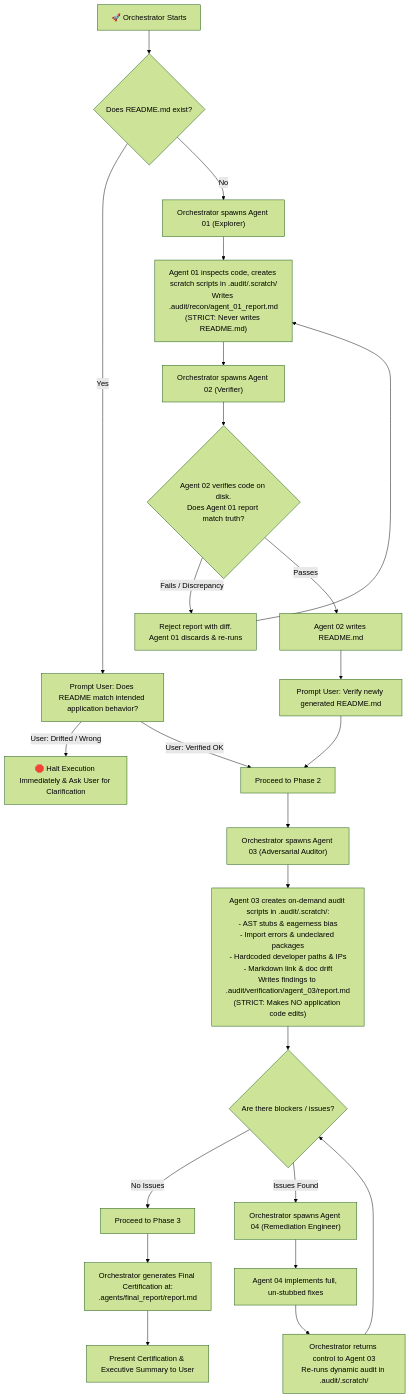
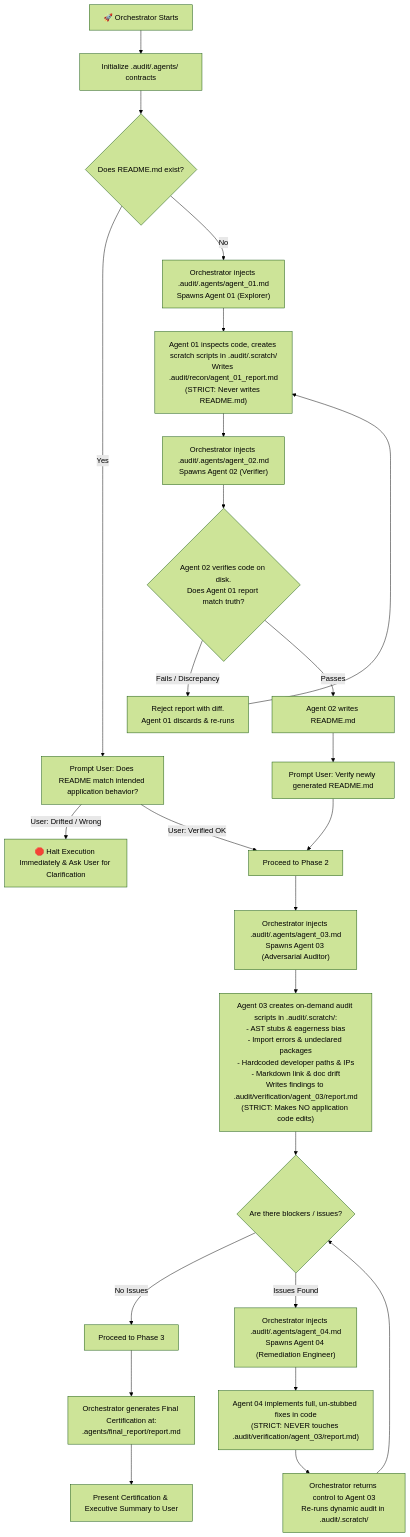
One commit to subhasishsaha/github-push-skill changed the diagram in skills/repo-publish-prep/SKILL.md. Above: the diagram before and after it, drawn with Mermaid (forest theme). The commit also changed other lines of this file and 6 other files, not shown here.

Commit message:
feat: add behavioral isolation contracts in .audit/.agents/ to prevent Agent 04 report tampering

````diff
--- a/skills/repo-publish-prep/SKILL.md
+++ b/skills/repo-publish-prep/SKILL.md
@@ -23,33 +36,34 @@
 ```mermaid
 flowchart TD
-    Start["🚀 Orchestrator Starts"] --> CheckReadme{"Does README.md exist?"}
+    Start["🚀 Orchestrator Starts"] --> InitAgents["Initialize .audit/.agents/ contracts"]
+    InitAgents --> CheckReadme{"Does README.md exist?"}
     
     %% Phase 1
     CheckReadme -->|Yes| VerifyWithUser["Prompt User: Does README match intended application behavior?"]
     VerifyWithUser -->|User: Drifted / Wrong| HaltUser["🛑 Halt Execution Immediately & Ask User for Clarification"]
     VerifyWithUser -->|User: Verified OK| Phase2["Proceed to Phase 2"]
     
-    CheckReadme -->|No| LaunchA1["Orchestrator spawns Agent 01 (Explorer)"]
+    CheckReadme -->|No| LaunchA1["Orchestrator injects .audit/.agents/agent_01.md\nSpawns Agent 01 (Explorer)"]
     LaunchA1 --> A1Work["Agent 01 inspects code, creates scratch scripts in .audit/.scratch/\nWrites .audit/recon/agent_01_report.md\n(STRICT: Never writes README.md)"]
-    A1Work --> LaunchA2["Orchestrator spawns Agent 02 (Verifier)"]
+    A1Work --> LaunchA2["Orchestrator injects .audit/.agents/agent_02.md\nSpawns Agent 02 (Verifier)"]
     LaunchA2 --> A2Verify{"Agent 02 verifies code on disk.\nDoes Agent 01 report match truth?"}
     A2Verify -->|Fails / Discrepancy| A1Retry["Reject report with diff.\nAgent 01 discards & re-runs"]
     A1Retry --> A1Work
     A2Verify -->|Passes| A2Draft["Agent 02 writes README.md"]
     A2Draft --> VerifyNewReadme["Prompt User: Verify newly generated README.md"]
     VerifyNewReadme --> Phase2
 
     %% Phase 2
-    Phase2 --> LaunchA3["Orchestrator spawns Agent 03 (Adversarial Auditor)"]
+    Phase2 --> LaunchA3["Orchestrator injects .audit/.agents/agent_03.md\nSpawns Agent 03 (Adversarial Auditor)"]
     LaunchA3 --> A3Work["Agent 03 creates on-demand audit scripts in .audit/.scratch/:\n- AST stubs & eagerness bias\n- Import errors & undeclared packages\n- Hardcoded developer paths & IPs\n- Markdown link & doc drift\nWrites findings to .audit/verification/agent_03/report.md\n(STRICT: Makes NO application code edits)"]
     A3Work --> CheckIssues{"Are there blockers / issues?"}
     CheckIssues -->|No Issues| Phase3["Proceed to Phase 3"]
-    CheckIssues -->|Issues Found| LaunchA4["Orchestrator spawns Agent 04 (Remediation Engineer)"]
-    LaunchA4 --> A4Work["Agent 04 implements full, un-stubbed fixes"]
+    CheckIssues -->|Issues Found| LaunchA4["Orchestrator injects .audit/.agents/agent_04.md\nSpawns Agent 04 (Remediation Engineer)"]
+    LaunchA4 --> A4Work["Agent 04 implements full, un-stubbed fixes in code\n(STRICT: NEVER touches .audit/verification/agent_03/report.md)"]
     A4Work --> A3Recheck["Orchestrator returns control to Agent 03\nRe-runs dynamic audit in .audit/.scratch/"]
     A3Recheck --> CheckIssues
 
     %% Phase 3
     Phase3 --> FinalReport["Orchestrator generates Final Certification at:\n.agents/final_report/report.md"]
     FinalReport --> PresentUser["Present Certification & Executive Summary to User"]
 ```
````
